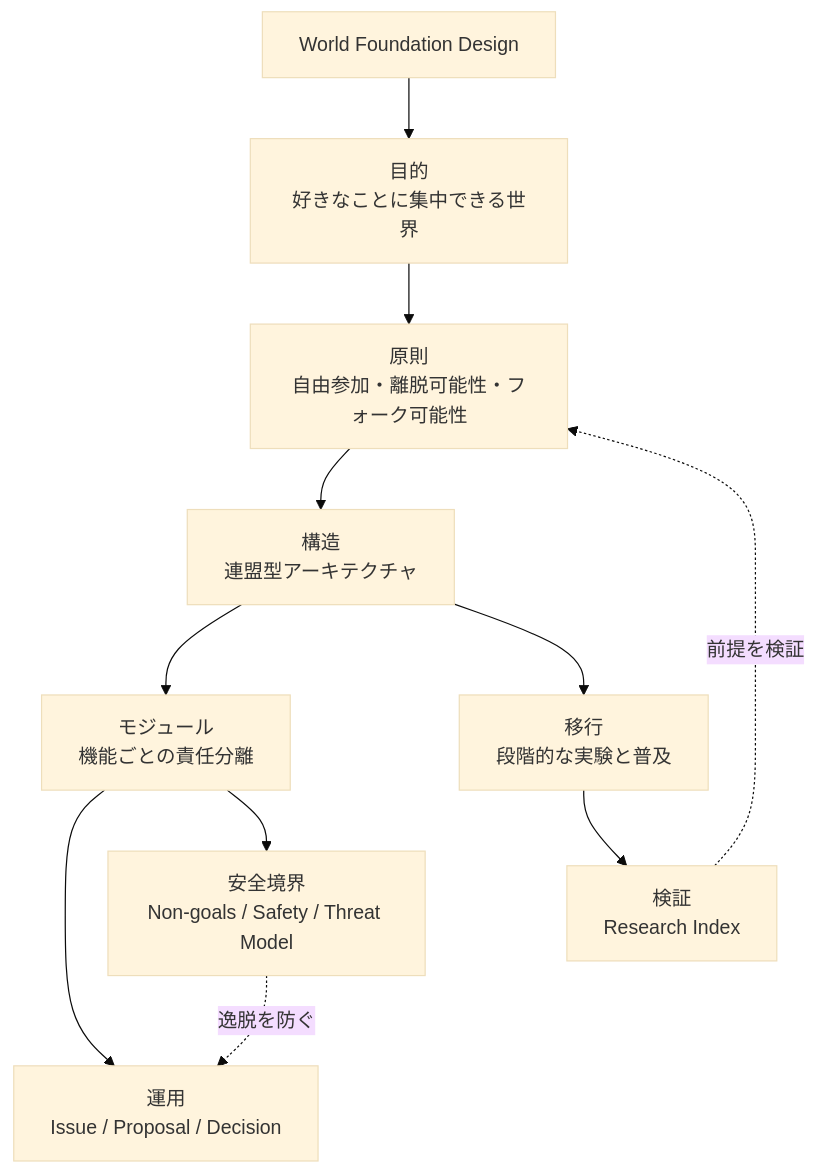
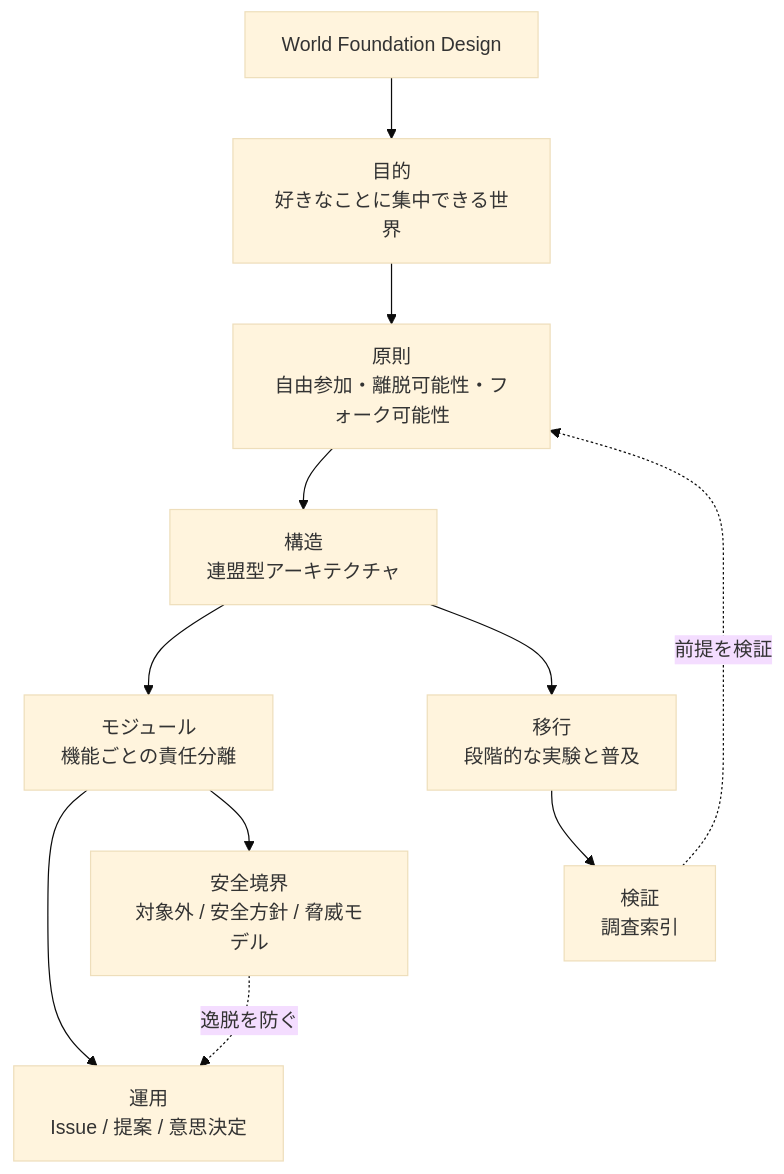
Before and after one commit to acecore-systems/world-foundation: the diagram in README.md, drawn with Mermaid (base theme). The commit also changed other lines of this file and 47 other files, not shown here.

````diff
--- a/README.md
+++ b/README.md
@@ -13,23 +13,23 @@
 ```mermaid
 flowchart TB
   Index["World Foundation Design"]
   Goal["目的<br/>好きなことに集中できる世界"]
-  Principles["原則<br/>自由参加・離脱可能性・フォーク可能性"]
-  Architecture["構造<br/>連盟型アーキテクチャ"]
-  Modules["モジュール<br/>機能ごとの責任分離"]
-  Operation["運用<br/>Issue / Proposal / Decision"]
-  Safety["安全境界<br/>Non-goals / Safety / Threat Model"]
-  Roadmap["移行<br/>段階的な実験と普及"]
-  Research["検証<br/>Research Index"]
+  設計原則["原則<br/>自由参加・離脱可能性・フォーク可能性"]
+  アーキテクチャ["構造<br/>連盟型アーキテクチャ"]
+  モジュール["モジュール<br/>機能ごとの責任分離"]
+  Operation["運用<br/>Issue / 提案 / 意思決定"]
+  安全方針["安全境界<br/>対象外 / 安全方針 / 脅威モデル"]
+  ロードマップ["移行<br/>段階的な実験と普及"]
+  調査["検証<br/>調査索引"]
 
   Index --> Goal
-  Goal --> Principles
-  Principles --> Architecture
-  Architecture --> Modules
-  Modules --> Operation
-  Modules --> Safety
-  Architecture --> Roadmap
-  Roadmap --> Research
-  Research -. "前提を検証" .-> Principles
-  Safety -. "逸脱を防ぐ" .-> Operation
+  Goal --> 設計原則
+  設計原則 --> アーキテクチャ
+  アーキテクチャ --> モジュール
+  モジュール --> Operation
+  モジュール --> 安全方針
+  アーキテクチャ --> ロードマップ
+  ロードマップ --> 調査
+  調査 -. "前提を検証" .-> 設計原則
+  安全方針 -. "逸脱を防ぐ" .-> Operation
 ```
````
